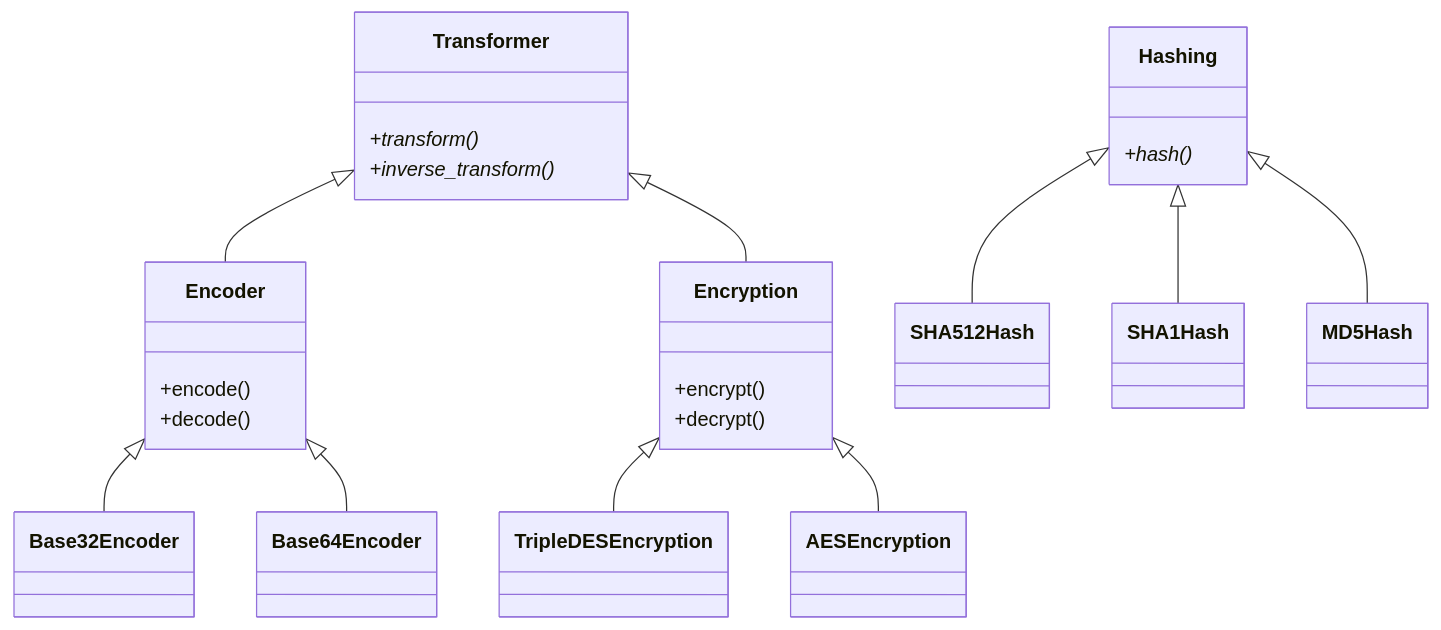
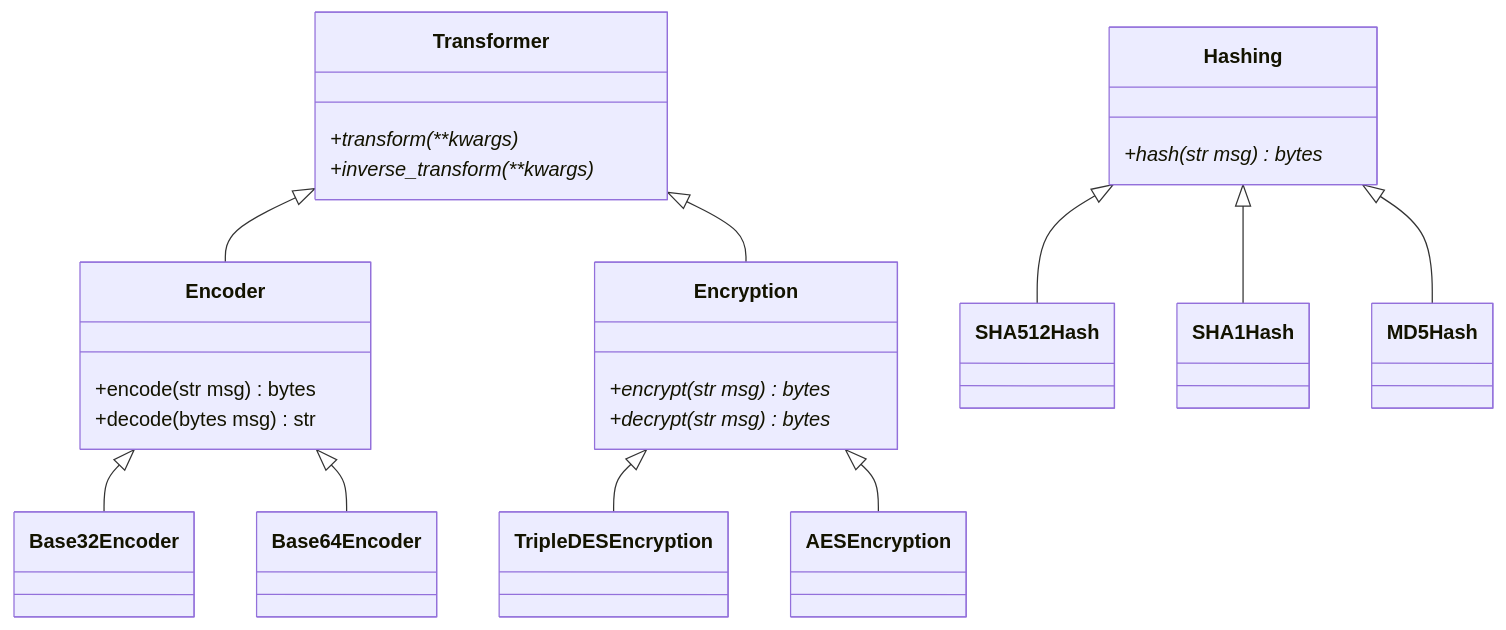
The second of 3 diagrams in README.md (Saief1999/security-toolbox), drawn with Mermaid before and after one commit. The commit also changed other lines of this file, not shown here.

````diff
--- a/README.md
+++ b/README.md
@@ -41,56 +45,56 @@
 ```mermaid
 classDiagram
 
     class Transformer{
-        +transform()*
-        +inverse_transform()*
+        +transform(**kwargs)*
+        +inverse_transform(**kwargs)*
     }
 
     Transformer <|-- Encoder
     class Encoder {
-        +encode()
-        +decode()
+        +encode(str msg) bytes
+        +decode(bytes msg) str
     }
 
     Encoder <|-- Base32Encoder
     class Base32Encoder {
     }
 
     Encoder <|-- Base64Encoder
     class Base64Encoder {
     }
 
     Transformer <|-- Encryption
     class Encryption {
-        +encrypt()
-        +decrypt()
+        +encrypt(str msg)* bytes
+        +decrypt(str msg)* bytes
     }
 
     Encryption <|-- TripleDESEncryption
     class TripleDESEncryption {
     }
 
     Encryption <|-- AESEncryption
     class AESEncryption {
     }
     
     class Hashing {
-    	+hash()*
+    	+hash(str msg)* bytes
     }
     
     Hashing <|-- SHA512Hash
     class SHA512Hash {
     }
     
     Hashing <|-- SHA1Hash
     class SHA1Hash {
     
     }
     
     Hashing <|-- MD5Hash
     class MD5Hash {
     
     }
     
     
 ```
````
